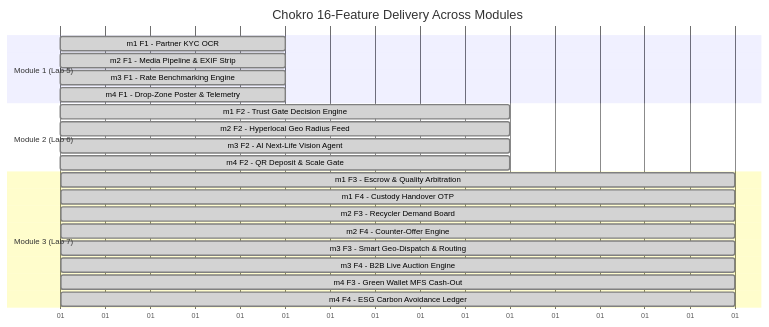
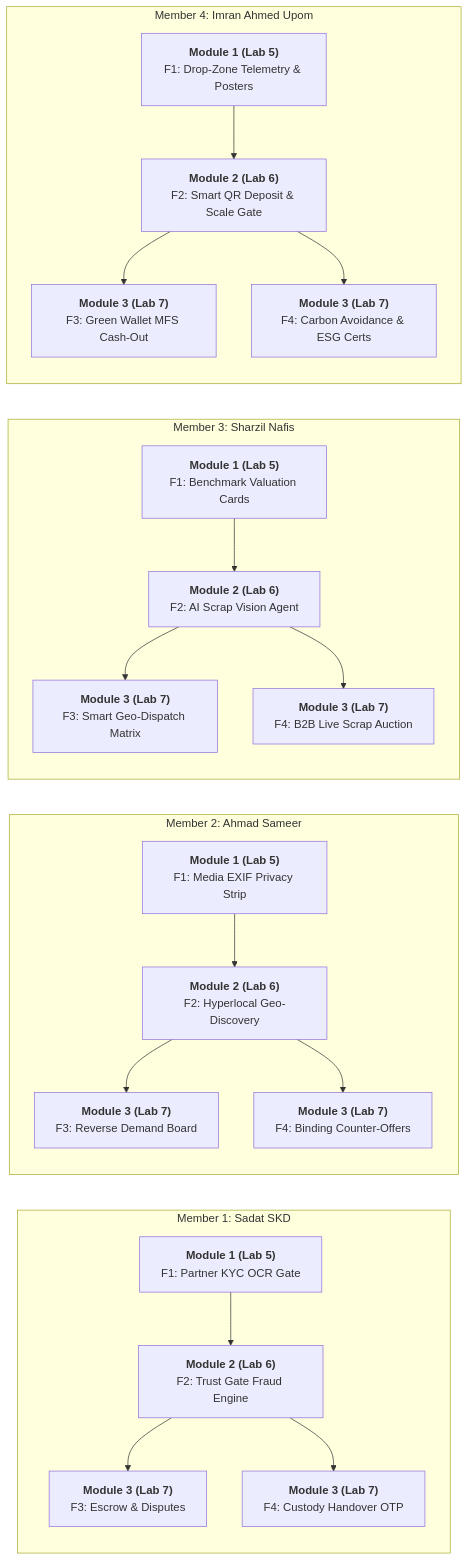
One commit to sharzilnfz/chokro changed the first of 2 diagrams in docs/planning/final-module-evaluation-guide.md. Above: the diagram before and after it, drawn with Mermaid. The commit also changed other lines of this file and 2 other files, not shown here.

Commit message:
docs: update final module evaluation guide with Mermaid flowcharts and exportable formats

````diff
--- a/docs/planning/final-module-evaluation-guide.md
+++ b/docs/planning/final-module-evaluation-guide.md
@@ -16,25 +16,38 @@
 ```mermaid
-gantt
-    title Chokro 16-Feature Delivery Across Modules
-    dateFormat  X
-    axisFormat  %d
-    section Module 1 (Lab 5)
-    m1 F1 - Partner KYC OCR               :done, m1f1, 0, 1
-    m2 F1 - Media Pipeline & EXIF Strip   :done, m2f1, 0, 1
-    m3 F1 - Rate Benchmarking Engine      :done, m3f1, 0, 1
-    m4 F1 - Drop-Zone Poster & Telemetry  :done, m4f1, 0, 1
-    section Module 2 (Lab 6)
-    m1 F2 - Trust Gate Decision Engine    :done, m1f2, 1, 2
-    m2 F2 - Hyperlocal Geo Radius Feed    :done, m2f2, 1, 2
-    m3 F2 - AI Next-Life Vision Agent     :done, m3f2, 1, 2
-    m4 F2 - QR Deposit & Scale Gate       :done, m4f2, 1, 2
-    section Module 3 (Lab 7)
-    m1 F3 - Escrow & Quality Arbitration  :done, m1f3, 2, 3
-    m1 F4 - Custody Handover OTP          :done, m1f4, 2, 3
-    m2 F3 - Recycler Demand Board         :done, m2f3, 2, 3
-    m2 F4 - Counter-Offer Engine          :done, m2f4, 2, 3
-    m3 F3 - Smart Geo-Dispatch & Routing  :done, m3f3, 2, 3
-    m3 F4 - B2B Live Auction Engine       :done, m3f4, 2, 3
-    m4 F3 - Green Wallet MFS Cash-Out     :done, m4f3, 2, 3
-    m4 F4 - ESG Carbon Avoidance Ledger   :done, m4f4, 2, 3
+flowchart LR
+    subgraph M1["Member 1: Sadat SKD"]
+        direction TB
+        M1_F1["<b>Module 1 (Lab 5)</b><br>F1: Partner KYC OCR Gate"]
+        M1_F2["<b>Module 2 (Lab 6)</b><br>F2: Trust Gate Fraud Engine"]
+        M1_F3["<b>Module 3 (Lab 7)</b><br>F3: Escrow & Disputes"]
+        M1_F4["<b>Module 3 (Lab 7)</b><br>F4: Custody Handover OTP"]
+        M1_F1 --> M1_F2 --> M1_F3 & M1_F4
+    end
+
+    subgraph M2["Member 2: Ahmad Sameer"]
+        direction TB
+        M2_F1["<b>Module 1 (Lab 5)</b><br>F1: Media EXIF Privacy Strip"]
+        M2_F2["<b>Module 2 (Lab 6)</b><br>F2: Hyperlocal Geo-Discovery"]
+        M2_F3["<b>Module 3 (Lab 7)</b><br>F3: Reverse Demand Board"]
+        M2_F4["<b>Module 3 (Lab 7)</b><br>F4: Binding Counter-Offers"]
+        M2_F1 --> M2_F2 --> M2_F3 & M2_F4
+    end
+
+    subgraph M3["Member 3: Sharzil Nafis"]
+        direction TB
+        M3_F1["<b>Module 1 (Lab 5)</b><br>F1: Benchmark Valuation Cards"]
+        M3_F2["<b>Module 2 (Lab 6)</b><br>F2: AI Scrap Vision Agent"]
+        M3_F3["<b>Module 3 (Lab 7)</b><br>F3: Smart Geo-Dispatch Matrix"]
+        M3_F4["<b>Module 3 (Lab 7)</b><br>F4: B2B Live Scrap Auction"]
+        M3_F1 --> M3_F2 --> M3_F3 & M3_F4
+    end
+
+    subgraph M4["Member 4: Imran Ahmed Upom"]
+        direction TB
+        M4_F1["<b>Module 1 (Lab 5)</b><br>F1: Drop-Zone Telemetry & Posters"]
+        M4_F2["<b>Module 2 (Lab 6)</b><br>F2: Smart QR Deposit & Scale Gate"]
+        M4_F3["<b>Module 3 (Lab 7)</b><br>F3: Green Wallet MFS Cash-Out"]
+        M4_F4["<b>Module 3 (Lab 7)</b><br>F4: Carbon Avoidance & ESG Certs"]
+        M4_F1 --> M4_F2 --> M4_F3 & M4_F4
+    end
 ```
````
